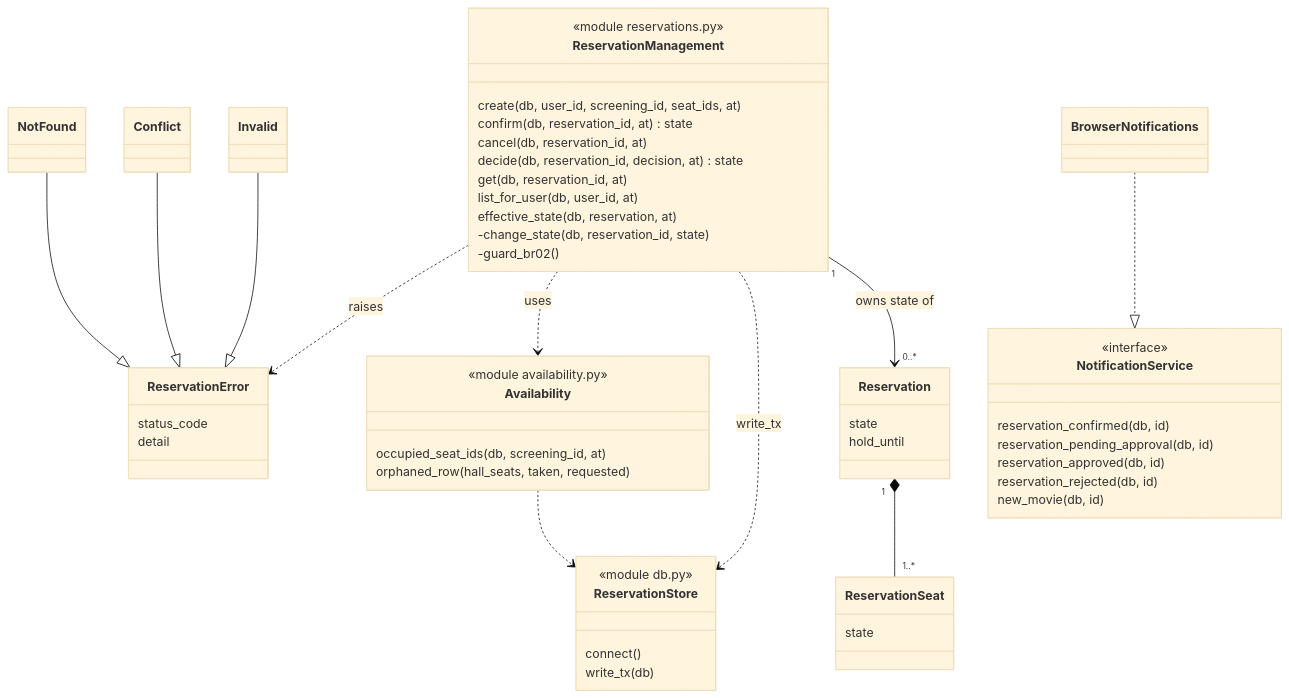
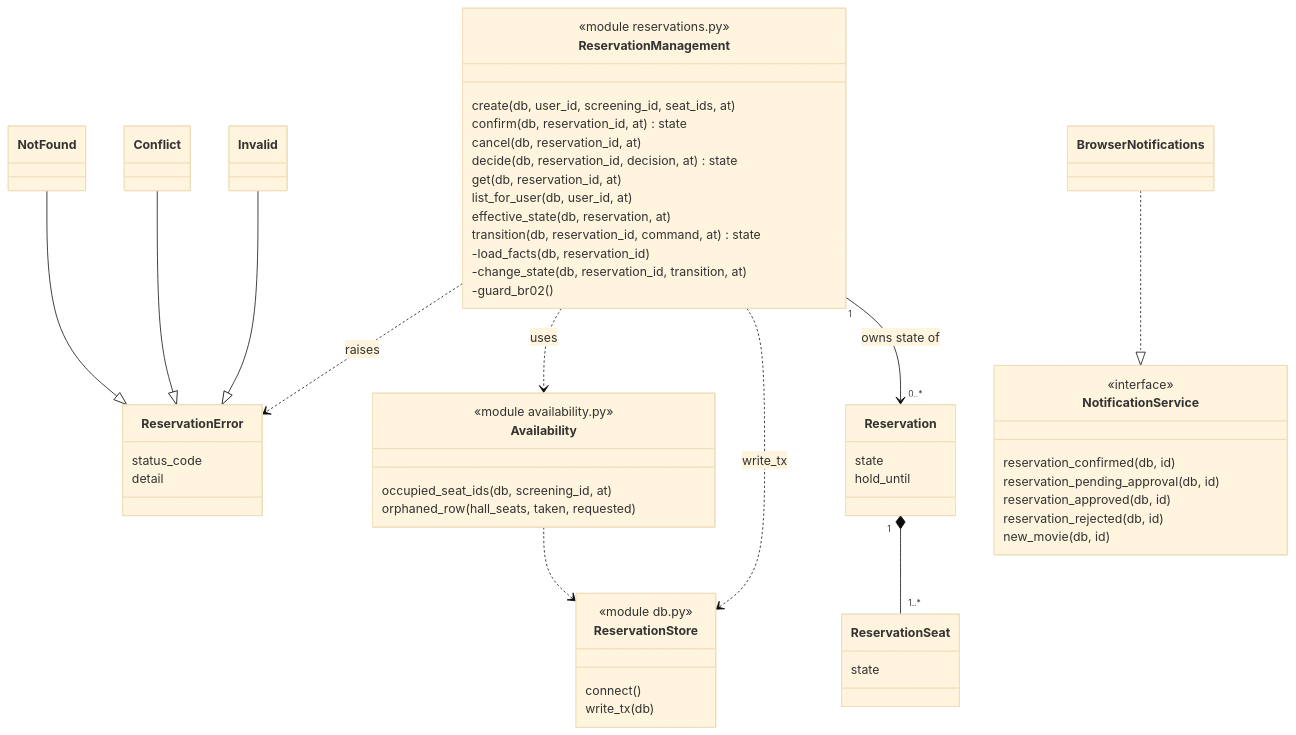
One commit to SerpentSide/SWI_Projekt changed the sixth of 6 diagrams in docs/c03-architecture.md. Above: the diagram before and after it, drawn with Mermaid (base theme). The commit also changed other lines of this file and 9 other files, not shown here.

````diff
--- a/docs/c03-architecture.md
+++ b/docs/c03-architecture.md
@@ -307,59 +308,61 @@
 ```mermaid
 classDiagram
     class ReservationManagement {
         <<module reservations.py>>
         create(db, user_id, screening_id, seat_ids, at)
         confirm(db, reservation_id, at) state
         cancel(db, reservation_id, at)
         decide(db, reservation_id, decision, at) state
         get(db, reservation_id, at)
         list_for_user(db, user_id, at)
         effective_state(db, reservation, at)
-        -change_state(db, reservation_id, state)
+        transition(db, reservation_id, command, at) state
+        -load_facts(db, reservation_id)
+        -change_state(db, reservation_id, transition, at)
         -guard_br02()
     }
     class ReservationError {
         status_code
         detail
     }
     class NotFound
     class Conflict
     class Invalid
     class Availability {
         <<module availability.py>>
         occupied_seat_ids(db, screening_id, at)
         orphaned_row(hall_seats, taken, requested)
     }
     class ReservationStore {
         <<module db.py>>
         connect()
         write_tx(db)
     }
     class NotificationService {
         <<interface>>
         reservation_confirmed(db, id)
         reservation_pending_approval(db, id)
         reservation_approved(db, id)
         reservation_rejected(db, id)
         new_movie(db, id)
     }
     class BrowserNotifications
     class Reservation {
         state
         hold_until
     }
     class ReservationSeat {
         state
     }
 
     NotFound --|> ReservationError
     Conflict --|> ReservationError
     Invalid --|> ReservationError
     ReservationManagement ..> ReservationError : raises
     ReservationManagement ..> Availability : uses
     ReservationManagement ..> ReservationStore : write_tx
     Availability ..> ReservationStore
     BrowserNotifications ..|> NotificationService
     ReservationManagement "1" --> "0..*" Reservation : owns state of
     Reservation "1" *-- "1..*" ReservationSeat
 ```
````
